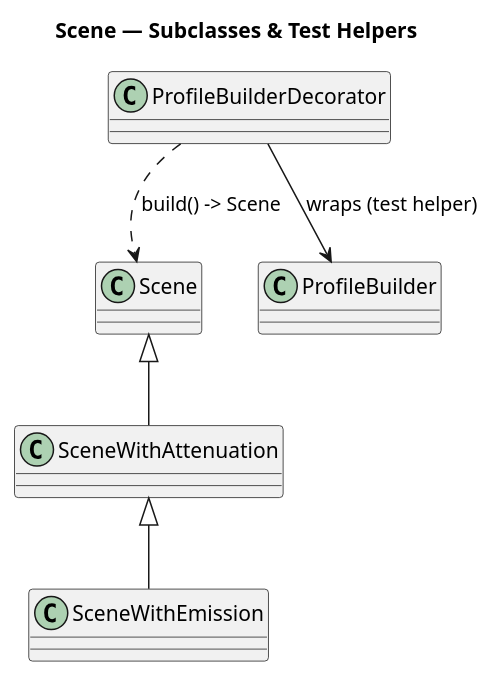
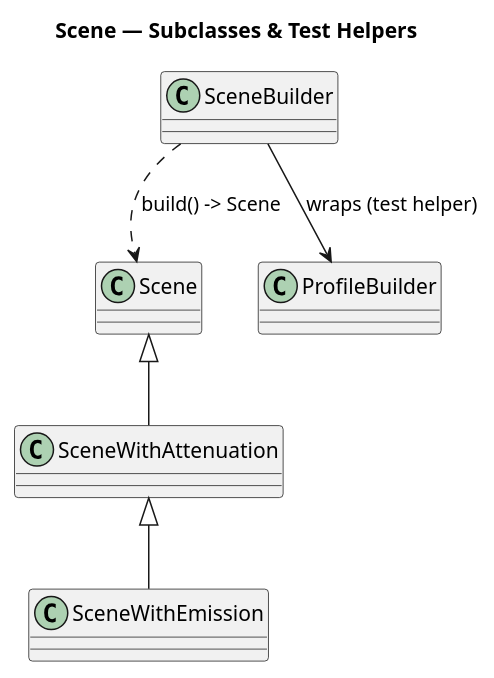
One commit to jtagusari/NoiseModelling changed the fifth of 10 diagrams in Docs-dev/pathfinder_algorithms.md. Above: the diagram before and after it, drawn with PlantUML. The commit also changed other lines of this file and 75 other files, not shown here.

````diff
--- a/Docs-dev/pathfinder_algorithms.md
+++ b/Docs-dev/pathfinder_algorithms.md
@@ -225,19 +225,19 @@
 ```plantuml
 @startuml
 skinparam componentStyle rectangle
 title Scene — Subclasses & Test Helpers
 
 class Scene
 class SceneWithAttenuation
 class SceneWithEmission
-class ProfileBuilderDecorator
+class SceneBuilder
 class ProfileBuilder
 
 Scene <|-- SceneWithAttenuation
 SceneWithAttenuation <|-- SceneWithEmission
 
-ProfileBuilderDecorator --> ProfileBuilder : wraps (test helper)
-ProfileBuilderDecorator ..> Scene : build() -> Scene
+SceneBuilder --> ProfileBuilder : wraps (test helper)
+SceneBuilder ..> Scene : build() -> Scene
 
 @enduml
 ```
````
